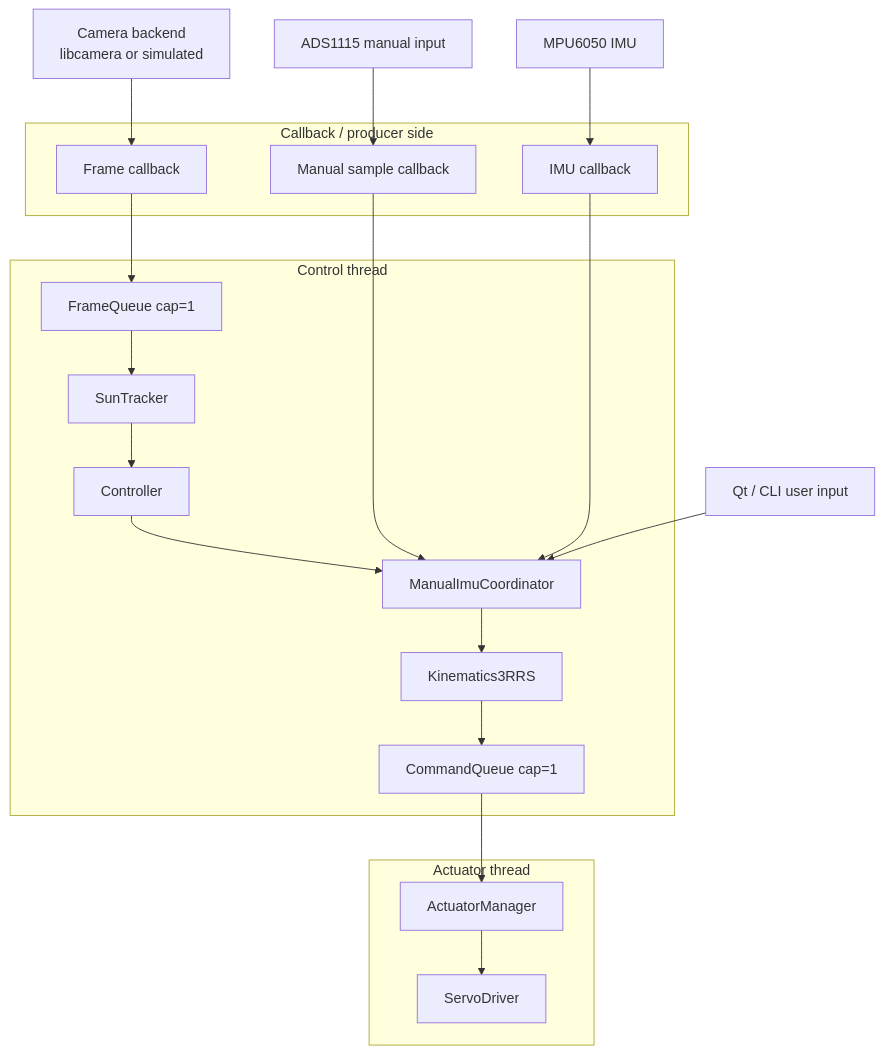
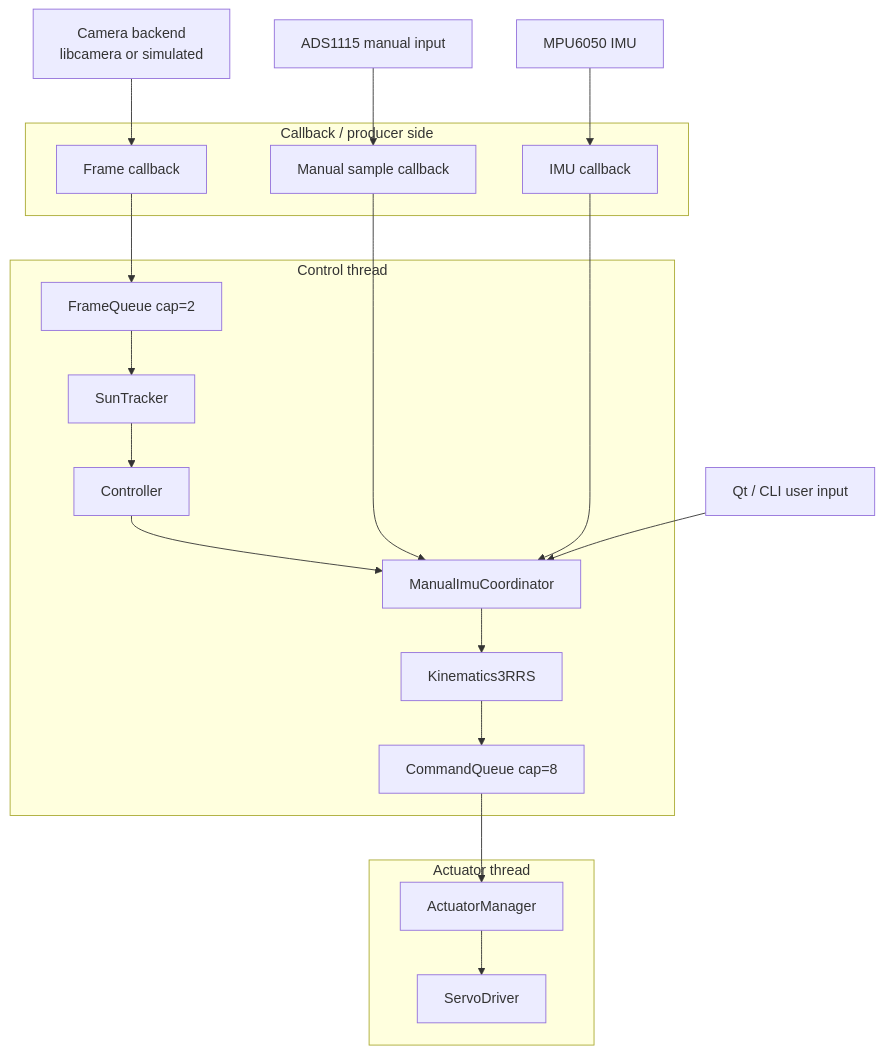
One commit to fadihalteh/sun2 changed the fifth of 5 diagrams in docs/system_architecture.md. Above: the diagram before and after it, drawn with Mermaid. The commit also changed other lines of this file and 35 other files, not shown here.

````diff
--- a/docs/system_architecture.md
+++ b/docs/system_architecture.md
@@ -351,35 +351,35 @@
 ```mermaid
 flowchart TB
   CAM["Camera backend<br/>libcamera or simulated"]
   ADS["ADS1115 manual input"]
   MPU["MPU6050 IMU"]
   PI["Qt / CLI user input"]
 
   subgraph T1["Callback / producer side"]
     CAMCB["Frame callback"]
     ADSCB["Manual sample callback"]
     MPUCB["IMU callback"]
   end
 
   subgraph T2["Control thread"]
-    FQ["FrameQueue cap=1"]
+    FQ["FrameQueue cap=2"]
     ST["SunTracker"]
     CTRL["Controller"]
     MIC["ManualImuCoordinator"]
     KIN["Kinematics3RRS"]
-    CQ["CommandQueue cap=1"]
+    CQ["CommandQueue cap=8"]
   end
 
   subgraph T3["Actuator thread"]
     ACT["ActuatorManager"]
     SERVO["ServoDriver"]
   end
 
   CAM --> CAMCB --> FQ
   FQ --> ST --> CTRL --> MIC --> KIN --> CQ
   CQ --> ACT --> SERVO
 
   ADS --> ADSCB --> MIC
   MPU --> MPUCB --> MIC
   PI --> MIC
 ```
````
